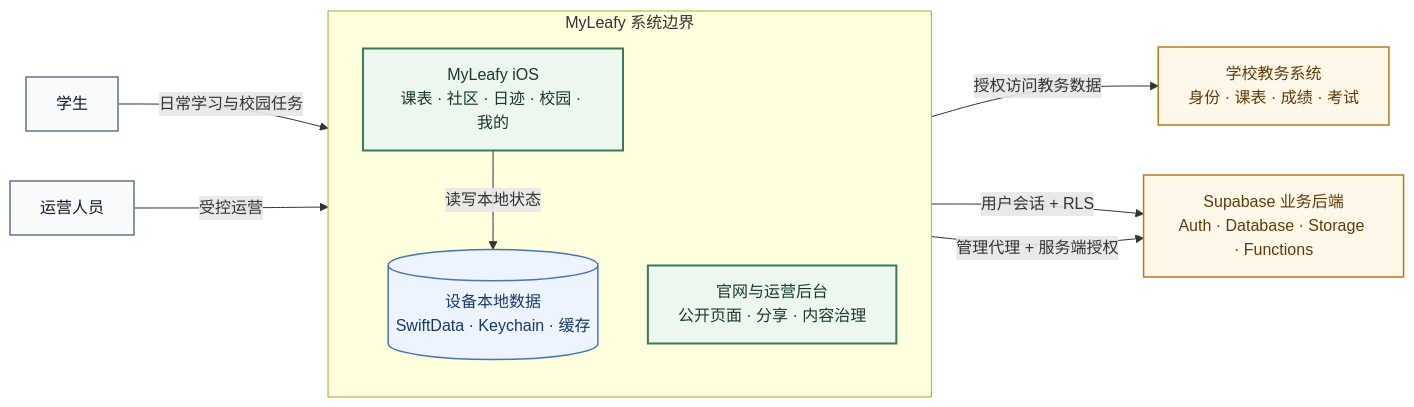
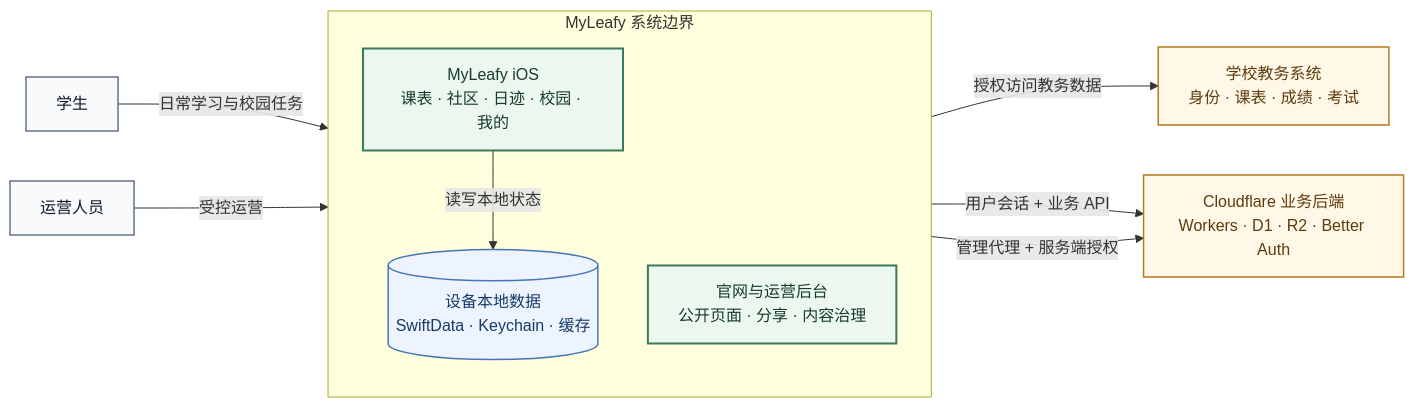
The diagram in README.md (IsaacHuo/MyLeafy), drawn with Mermaid before and after one commit. The commit also changed other lines of this file and 36 other files, not shown here.

````diff
--- a/README.md
+++ b/README.md
@@ -29,31 +29,31 @@
 ```mermaid
 flowchart LR
     Student["学生"]
     Operator["运营人员"]
 
     subgraph Product["MyLeafy 系统边界"]
         direction TB
         IOS["MyLeafy iOS<br/>课表 · 社区 · 日迹 · 校园 · 我的"]
         Local[("设备本地数据<br/>SwiftData · Keychain · 缓存")]
         Web["官网与运营后台<br/>公开页面 · 分享 · 内容治理"]
         IOS -->|读写本地状态| Local
     end
 
     School["学校教务系统<br/>身份 · 课表 · 成绩 · 考试"]
-    Backend["Supabase 业务后端<br/>Auth · Database · Storage · Functions"]
+    Backend["Cloudflare 业务后端<br/>Workers · D1 · R2 · Better Auth"]
 
     Student -->|日常学习与校园任务| IOS
     Operator -->|受控运营| Web
     IOS -->|授权访问教务数据| School
-    IOS -->|用户会话 + RLS| Backend
+    IOS -->|用户会话 + 业务 API| Backend
     Web -->|管理代理 + 服务端授权| Backend
 
     classDef actor fill:#F8FAFC,stroke:#64748B,color:#0F172A,stroke-width:1.5px;
     classDef owned fill:#ECF7F0,stroke:#397A5A,color:#173C2B,stroke-width:2px;
     classDef external fill:#FFF8E8,stroke:#B7791F,color:#5F3B0B,stroke-width:1.5px;
     classDef data fill:#EDF4FF,stroke:#4776B5,color:#173B68,stroke-width:1.5px;
     class Student,Operator actor;
     class IOS,Web owned;
     class School,Backend external;
     class Local data;
 ```
````
